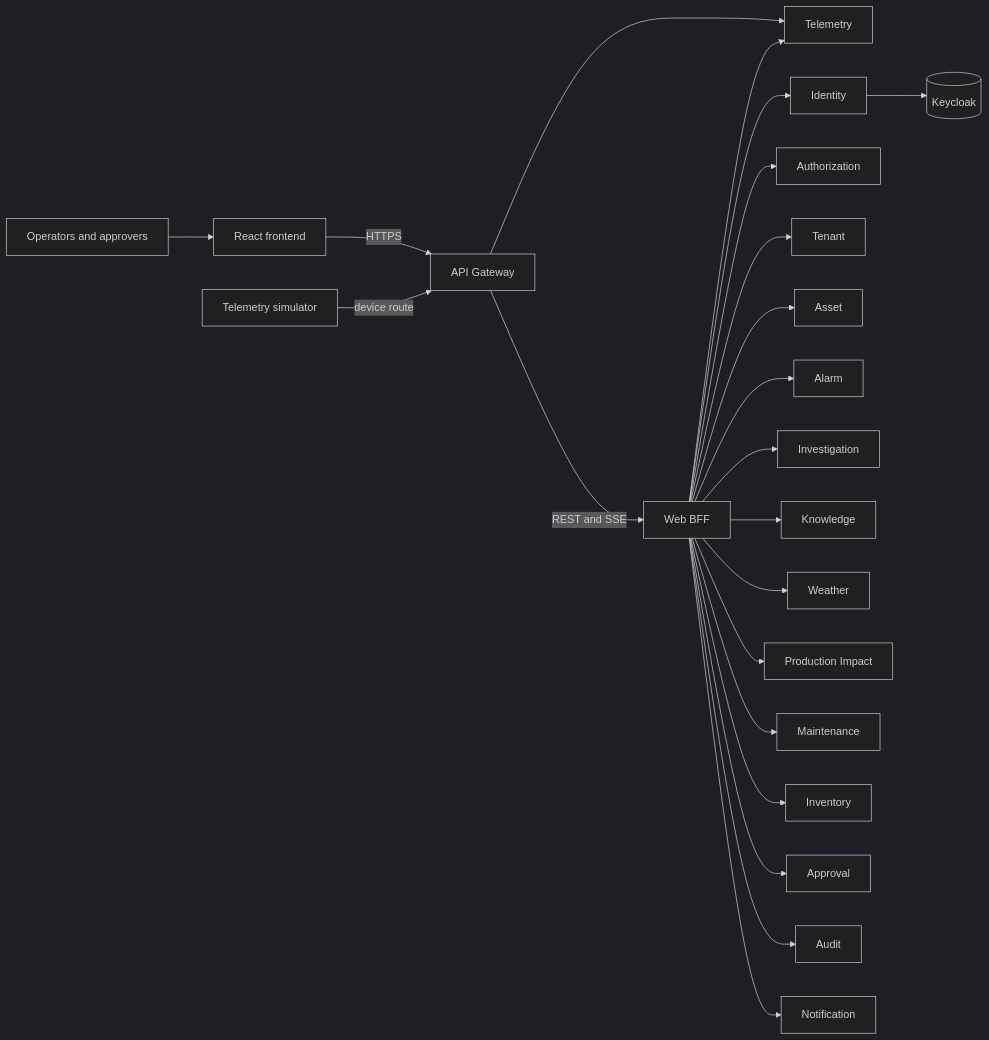
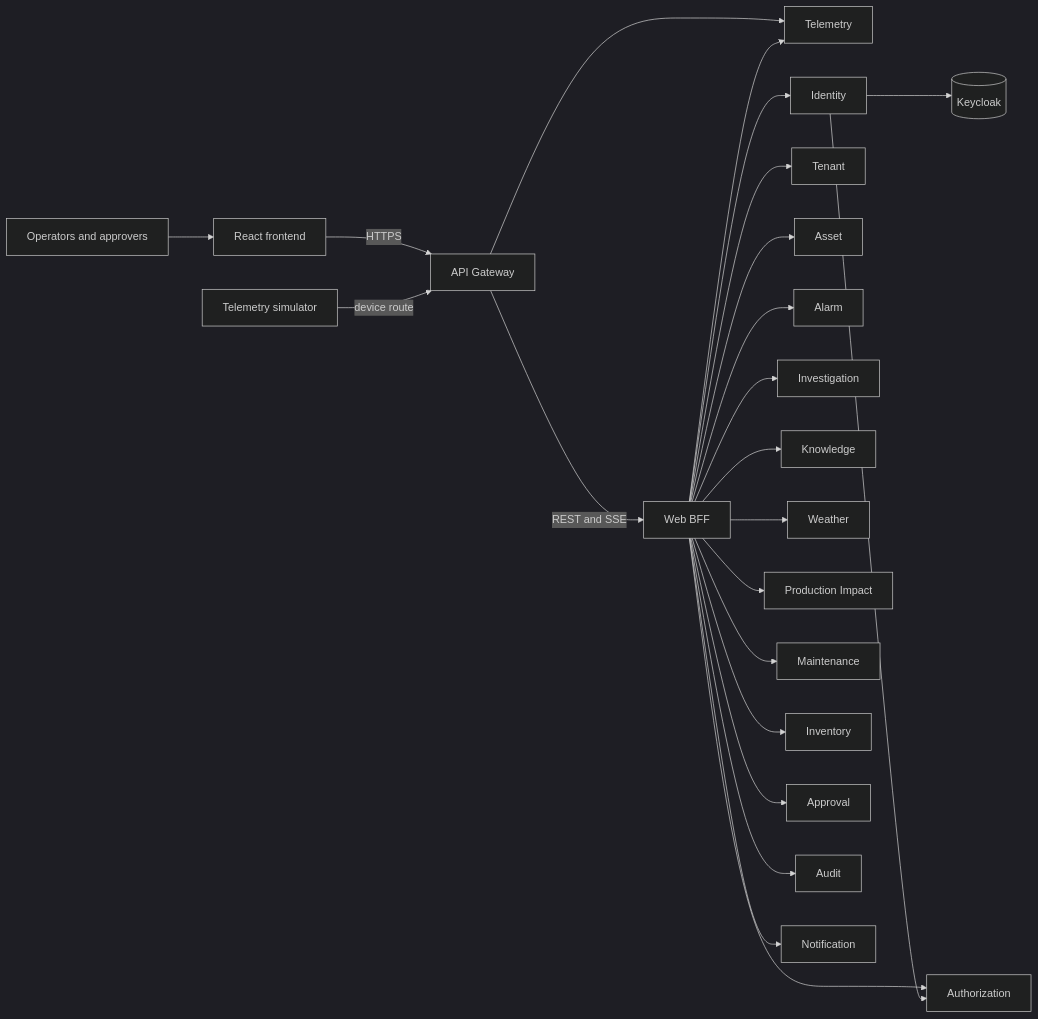
One commit to wasif1024/windops-ai changed the first of 5 diagrams in docs/service-map.md. Above: the diagram before and after it, drawn with Mermaid (dark theme). The commit also changed other lines of this file and 40 other files, not shown here.

````diff
--- a/docs/service-map.md
+++ b/docs/service-map.md
@@ -23,24 +23,25 @@
 ```mermaid
 flowchart LR
     Users["Operators and approvers"] --> Frontend["React frontend"]
     Frontend -->|HTTPS| Gateway["API Gateway"]
     Simulator["Telemetry simulator"] -->|device route| Gateway
     Gateway -->|REST and SSE| BFF["Web BFF"]
     Gateway --> Telemetry
     BFF --> Identity
     BFF --> Authorization
     BFF --> Tenant
     BFF --> Asset
     BFF --> Telemetry
     BFF --> Alarm
     BFF --> Investigation
     BFF --> Knowledge
     BFF --> Weather
     BFF --> Impact["Production Impact"]
     BFF --> Maintenance
     BFF --> Inventory
     BFF --> Approval
     BFF --> Audit
     BFF --> Notification
     Identity --> Keycloak[("Keycloak")]
+    Identity --> Authorization
 ```
````
